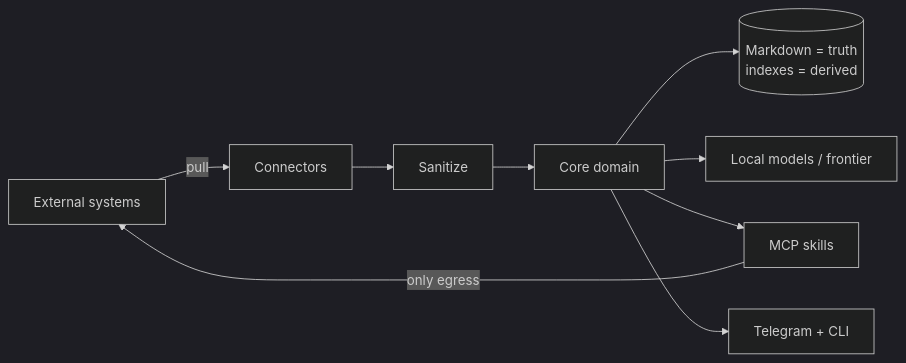
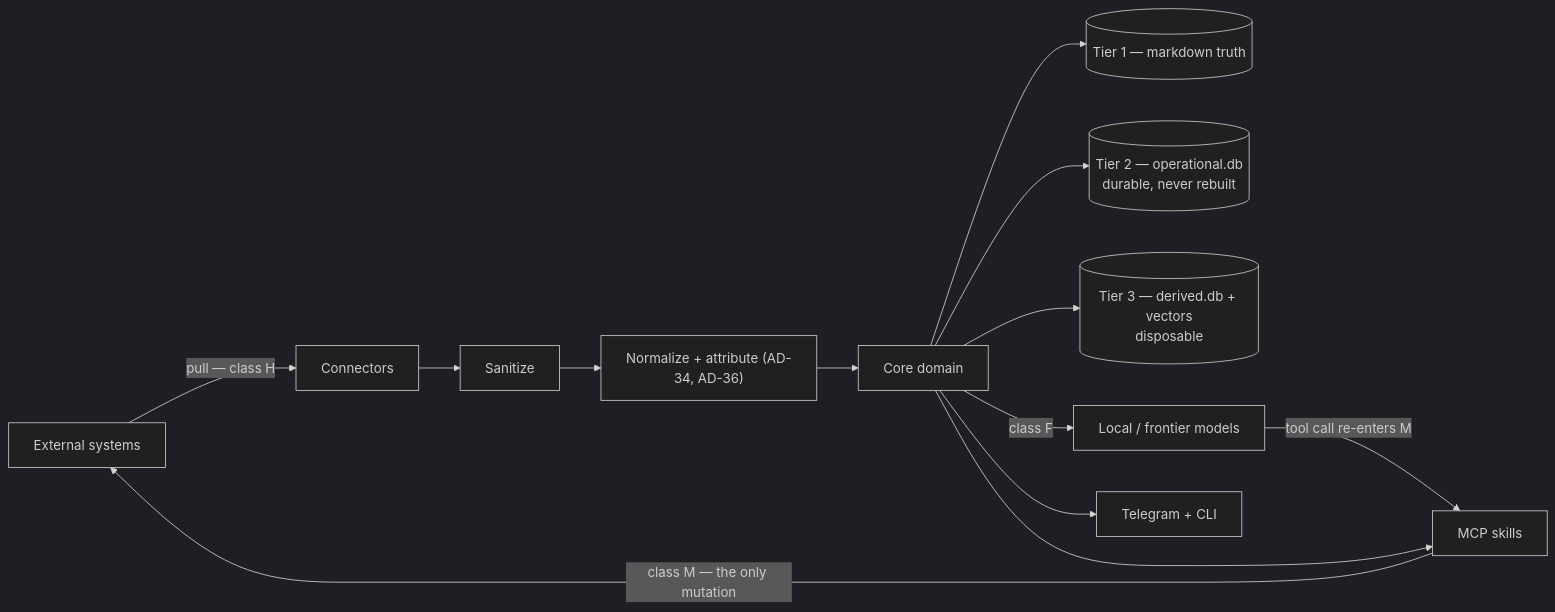
The first of 2 diagrams in _bmad-output/planning-artifacts/architecture/architecture-pm-ai-2026-08-18/SOLUTION-DESIGN.md (aramaniuk/pm-ai), drawn with Mermaid (dark theme) before and after one commit. The commit also changed other lines of this file and 17 other files, not shown here.

Commit message:
architecture & prd hardening

````diff
--- a/_bmad-output/planning-artifacts/architecture/architecture-pm-ai-2026-08-18/SOLUTION-DESIGN.md
+++ b/_bmad-output/planning-artifacts/architecture/architecture-pm-ai-2026-08-18/SOLUTION-DESIGN.md
@@ -26,11 +39,15 @@
 ```mermaid
 graph LR
-    EXT[External systems] -->|pull| CONN[Connectors]
+    EXT[External systems] -->|"pull — class H"| CONN[Connectors]
     CONN --> SAN[Sanitize]
-    SAN --> CORE[Core domain]
-    CORE --> STORE[(Markdown = truth<br/>indexes = derived)]
-    CORE --> MODELS[Local models / frontier]
+    SAN --> NORM["Normalize + attribute (AD-34, AD-36)"]
+    NORM --> CORE[Core domain]
+    CORE --> T1[("Tier 1 — markdown truth")]
+    CORE --> T2[("Tier 2 — operational.db<br/>durable, never rebuilt")]
+    CORE --> T3[("Tier 3 — derived.db + vectors<br/>disposable")]
+    CORE -->|"class F"| MODELS[Local / frontier models]
+    MODELS -->|"tool call re-enters M"| SKILLS
     CORE --> SKILLS[MCP skills]
-    SKILLS -->|only egress| EXT
+    SKILLS -->|"class M — the only mutation"| EXT
     CORE --> SURF[Telegram + CLI]
 ```
````
